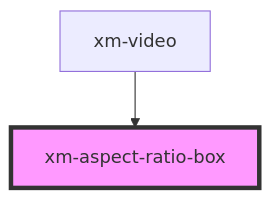
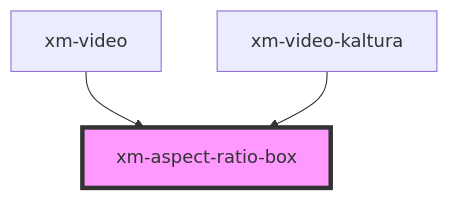
One commit to openHPI/xikolo-video-player changed the diagram in src/components/aspect-ratio-box/readme.md. Above: the diagram before and after it, drawn with Mermaid. The commit also changed other lines of this file and 9 other files, not shown here.

````diff
--- a/src/components/aspect-ratio-box/readme.md
+++ b/src/components/aspect-ratio-box/readme.md
@@ -22,5 +23,6 @@
 ```mermaid
 graph TD;
   xm-video --> xm-aspect-ratio-box
+  xm-video-kaltura --> xm-aspect-ratio-box
   style xm-aspect-ratio-box fill:#f9f,stroke:#333,stroke-width:4px
 ```
````
